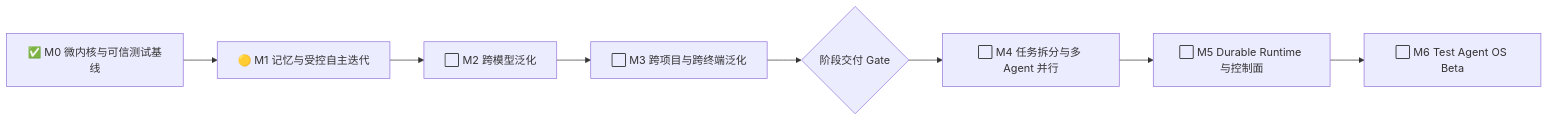
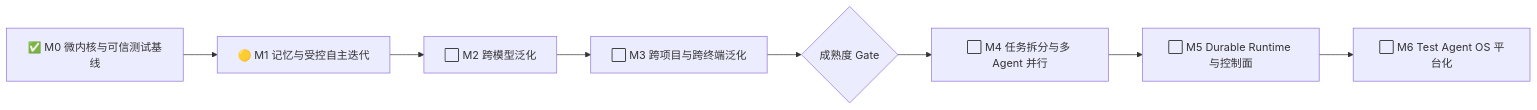
The diagram in docs/agent-os-evolution-roadmap.md (lsq1030757028/Pytest-playwright-e2e), drawn with Mermaid before and after one commit. The commit also changed other lines of this file, not shown here.

Commit message:
docs(program): mark evolution roadmap as research reference

````diff
--- a/docs/agent-os-evolution-roadmap.md
+++ b/docs/agent-os-evolution-roadmap.md
@@ -108,11 +115,11 @@
 ```mermaid
 flowchart LR
     M0[✅ M0 微内核与可信测试基线]
     --> M1[🟡 M1 记忆与受控自主迭代]
     --> M2[⬜ M2 跨模型泛化]
     --> M3[⬜ M3 跨项目与跨终端泛化]
-    --> G1{阶段交付 Gate}
+    --> G1{成熟度 Gate}
     G1 --> M4[⬜ M4 任务拆分与多 Agent 并行]
     M4 --> M5[⬜ M5 Durable Runtime 与控制面]
-    M5 --> M6[⬜ M6 Test Agent OS Beta]
+    M5 --> M6[⬜ M6 Test Agent OS 平台化]
 ```
````
